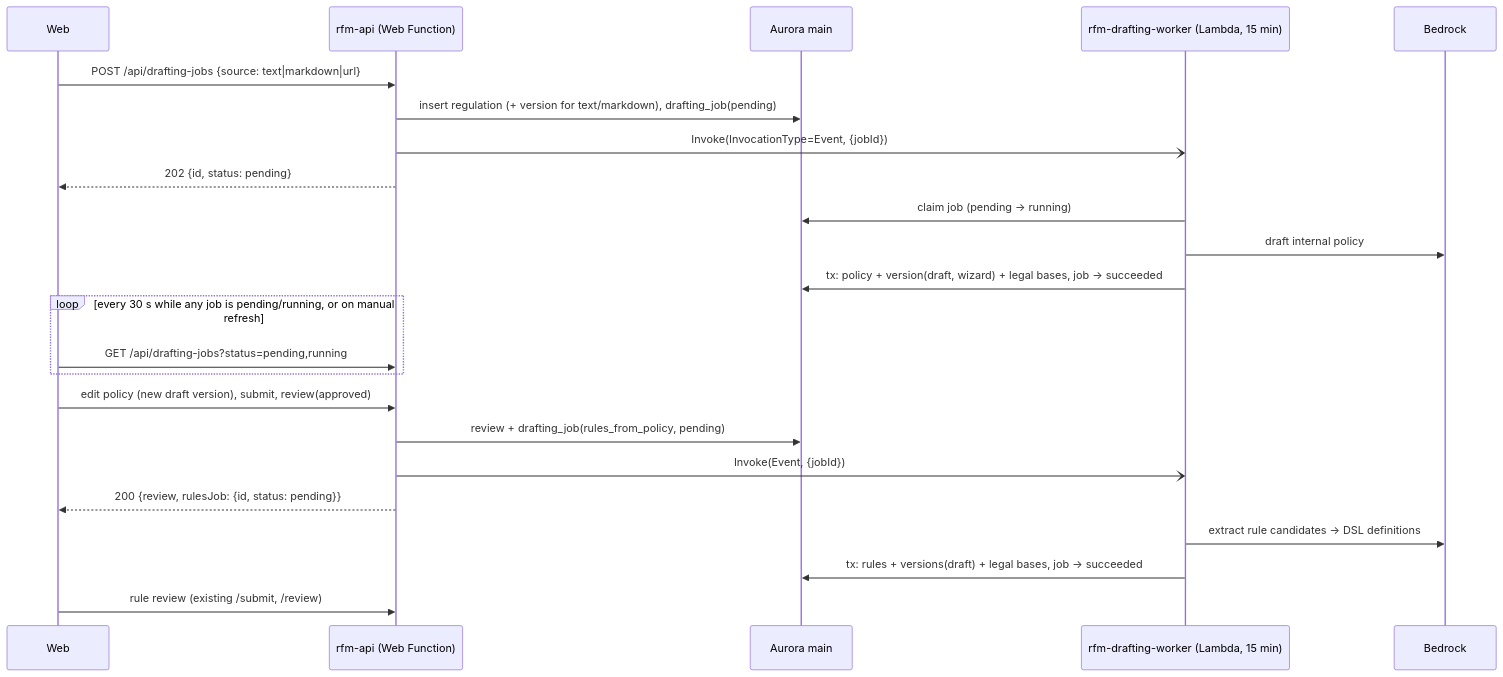
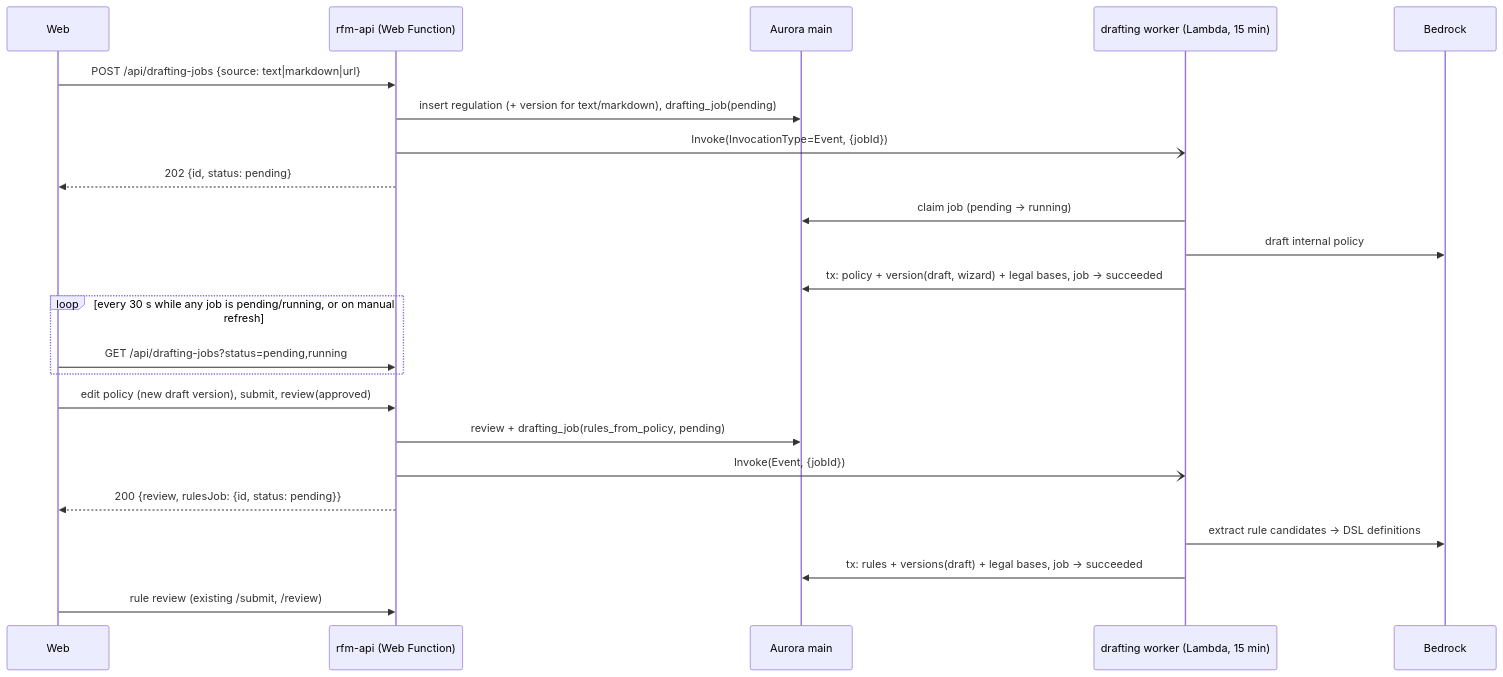
The diagram in spec/drafting-jobs.md (jiri-vyc/red-flag-monitoring), drawn with Mermaid before and after one commit. The commit also changed other lines of this file, not shown here.

Commit message:
docs(spec): align drafting jobs with the evaluation worker

````diff
--- a/spec/drafting-jobs.md
+++ b/spec/drafting-jobs.md
@@ -22,26 +23,26 @@
 ```mermaid
 sequenceDiagram
     participant FE as Web
     participant API as rfm-api (Web Function)
     participant DB as Aurora main
-    participant W as rfm-drafting-worker (Lambda, 15 min)
+    participant W as drafting worker (Lambda, 15 min)
     participant BR as Bedrock
 
     FE->>API: POST /api/drafting-jobs {source: text|markdown|url}
     API->>DB: insert regulation (+ version for text/markdown), drafting_job(pending)
     API-)W: Invoke(InvocationType=Event, {jobId})
     API-->>FE: 202 {id, status: pending}
     W->>DB: claim job (pending → running)
     W->>BR: draft internal policy
     W->>DB: tx: policy + version(draft, wizard) + legal bases, job → succeeded
     loop every 30 s while any job is pending/running, or on manual refresh
         FE->>API: GET /api/drafting-jobs?status=pending,running
     end
     FE->>API: edit policy (new draft version), submit, review(approved)
     API->>DB: review + drafting_job(rules_from_policy, pending)
     API-)W: Invoke(Event, {jobId})
     API-->>FE: 200 {review, rulesJob: {id, status: pending}}
     W->>BR: extract rule candidates → DSL definitions
     W->>DB: tx: rules + versions(draft) + legal bases, job → succeeded
     FE->>API: rule review (existing /submit, /review)
 ```
````
